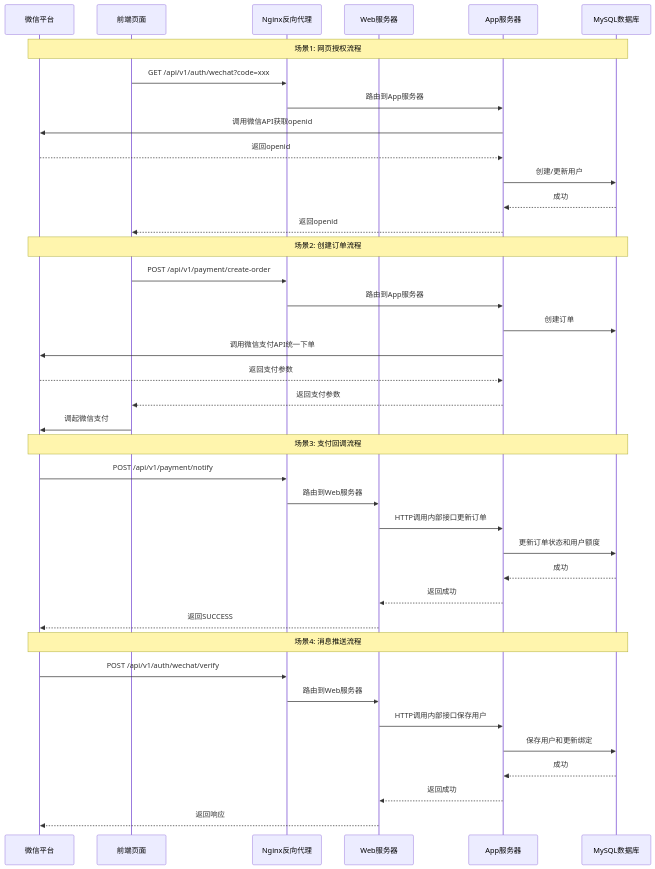
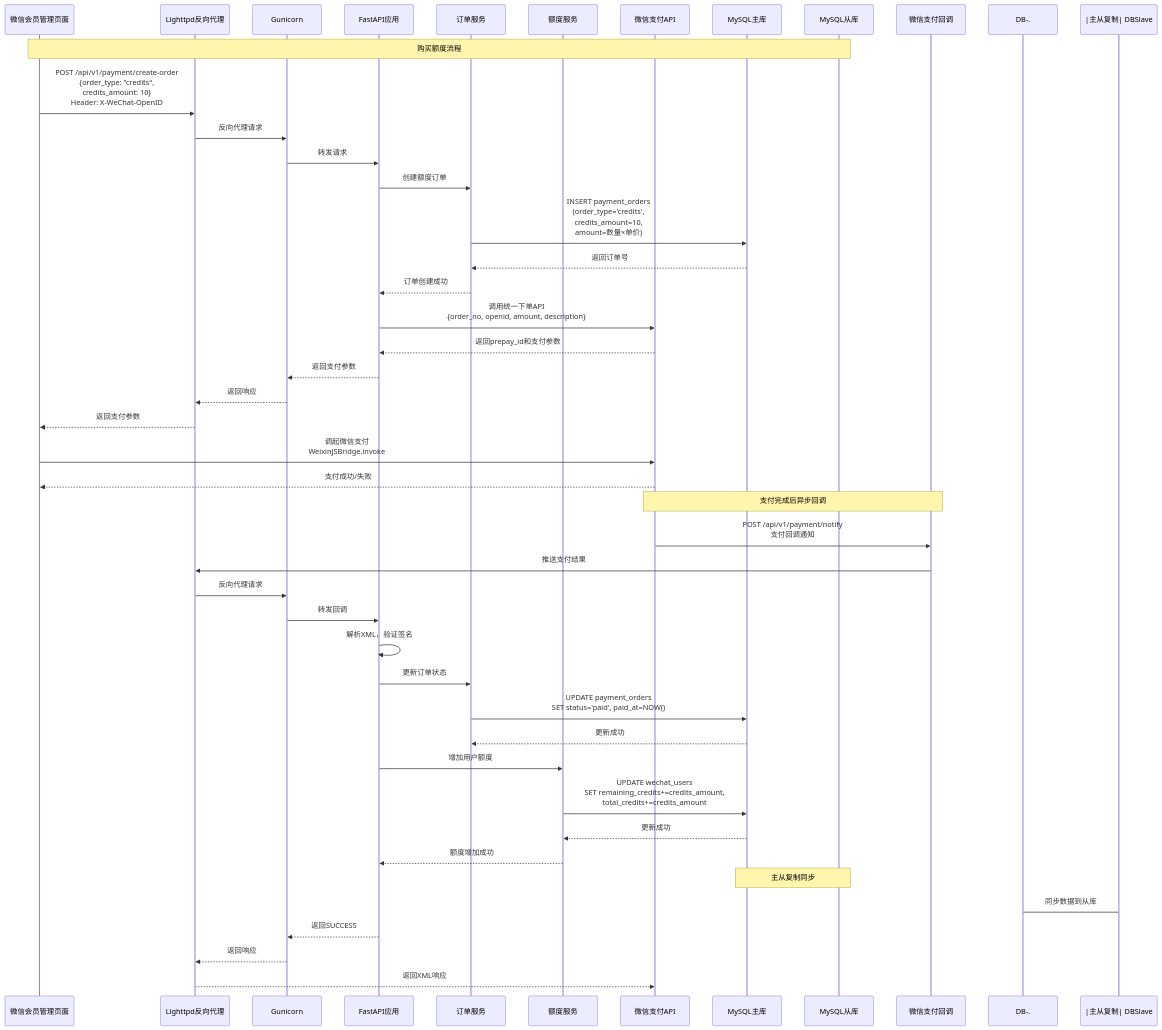
Before and after one commit to xiawenyong1977-netizen/ImageClassiferBackend: the sixth of 6 diagrams in wechat/架构图.md, drawn with Mermaid. The commit also changed other lines of this file and 19 other files, not shown here.

````diff
--- a/wechat/架构图.md
+++ b/wechat/架构图.md
@@ -69,45 +308,53 @@
 ```mermaid
 sequenceDiagram
-    participant WX as 微信平台
-    participant Frontend as 前端页面
-    participant Nginx as Nginx反向代理
-    participant Web as Web服务器
-    participant App as App服务器
-    participant DB as MySQL数据库
+    participant Wechat as 微信会员管理页面
+    participant Lighttpd as Lighttpd反向代理
+    participant Gunicorn as Gunicorn
+    participant FastAPI as FastAPI应用
+    participant OrderService as 订单服务
+    participant CreditService as 额度服务
+    participant WXPay as 微信支付API
+    participant DB as MySQL主库
+    participant DBSlave as MySQL从库
+    participant WXNotify as 微信支付回调
     
-    Note over WX,DB: 场景1: 网页授权流程
-    Frontend->>Nginx: GET /api/v1/auth/wechat?code=xxx
-    Nginx->>App: 路由到App服务器
-    App->>WX: 调用微信API获取openid
-    WX-->>App: 返回openid
-    App->>DB: 创建/更新用户
-    DB-->>App: 成功
-    App-->>Frontend: 返回openid
+    Note over Wechat,DBSlave: 购买额度流程
+    Wechat->>Lighttpd: POST /api/v1/payment/create-order<br/>{order_type: "credits",<br/>credits_amount: 10}<br/>Header: X-WeChat-OpenID
+    Lighttpd->>Gunicorn: 反向代理请求
+    Gunicorn->>FastAPI: 转发请求
+    FastAPI->>OrderService: 创建额度订单
+    OrderService->>DB: INSERT payment_orders<br/>(order_type='credits',<br/>credits_amount=10,<br/>amount=数量×单价)
+    DB-->>OrderService: 返回订单号
+    OrderService-->>FastAPI: 订单创建成功
     
-    Note over WX,DB: 场景2: 创建订单流程
-    Frontend->>Nginx: POST /api/v1/payment/create-order
-    Nginx->>App: 路由到App服务器
-    App->>DB: 创建订单
-    App->>WX: 调用微信支付API统一下单
-    WX-->>App: 返回支付参数
-    App-->>Frontend: 返回支付参数
-    Frontend->>WX: 调起微信支付
+    FastAPI->>WXPay: 调用统一下单API<br/>{order_no, openid, amount, description}
+    WXPay-->>FastAPI: 返回prepay_id和支付参数
+    FastAPI-->>Gunicorn: 返回支付参数
+    Gunicorn-->>Lighttpd: 返回响应
+    Lighttpd-->>Wechat: 返回支付参数
+    Wechat->>WXPay: 调起微信支付<br/>WeixinJSBridge.invoke
+    WXPay-->>Wechat: 支付成功/失败
     
-    Note over WX,DB: 场景3: 支付回调流程
-    WX->>Nginx: POST /api/v1/payment/notify
-    Nginx->>Web: 路由到Web服务器
-    Web->>App: HTTP调用内部接口更新订单
-    App->>DB: 更新订单状态和用户额度
-    DB-->>App: 成功
-    App-->>Web: 返回成功
-    Web-->>WX: 返回SUCCESS
+    Note over WXPay,WXNotify: 支付完成后异步回调
+    WXPay->>WXNotify: POST /api/v1/payment/notify<br/>支付回调通知
+    WXNotify->>Lighttpd: 推送支付结果
+    Lighttpd->>Gunicorn: 反向代理请求
+    Gunicorn->>FastAPI: 转发回调
+    FastAPI->>FastAPI: 解析XML，验证签名
     
-    Note over WX,DB: 场景4: 消息推送流程
-    WX->>Nginx: POST /api/v1/auth/wechat/verify
-    Nginx->>Web: 路由到Web服务器
-    Web->>App: HTTP调用内部接口保存用户
-    App->>DB: 保存用户和更新绑定
-    DB-->>App: 成功
-    App-->>Web: 返回成功
-    Web-->>WX: 返回响应
+    FastAPI->>OrderService: 更新订单状态
+    OrderService->>DB: UPDATE payment_orders<br/>SET status='paid', paid_at=NOW()
+    DB-->>OrderService: 更新成功
+    
+    FastAPI->>CreditService: 增加用户额度
+    CreditService->>DB: UPDATE wechat_users<br/>SET remaining_credits+=credits_amount,<br/>total_credits+=credits_amount
+    DB-->>CreditService: 更新成功
+    CreditService-->>FastAPI: 额度增加成功
+    
+    Note over DB,DBSlave: 主从复制同步
+    DB-.->|主从复制| DBSlave: 同步数据到从库
+    
+    FastAPI-->>Gunicorn: 返回SUCCESS
+    Gunicorn-->>Lighttpd: 返回响应
+    Lighttpd-->>WXPay: 返回XML响应
 ```
````
